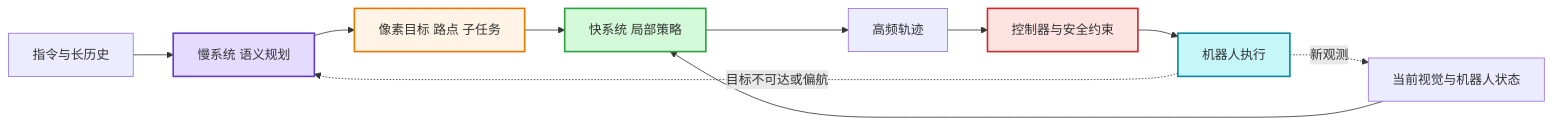
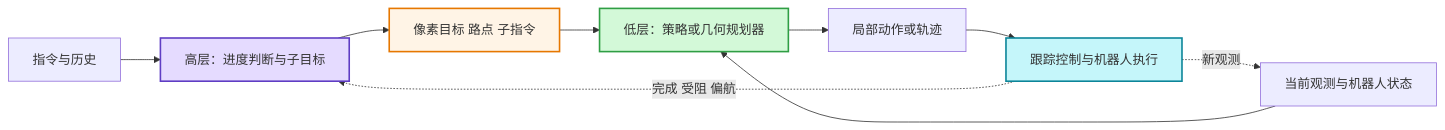
The fifth of 13 diagrams in _posts/research/2026-01-04-VLN-Survey.md (TingdeLiu/tingdeliu.github.io), drawn with Mermaid before and after one commit. The commit also changed other lines of this file, not shown here.

````diff
--- a/_posts/research/2026-01-04-VLN-Survey.md
+++ b/_posts/research/2026-01-04-VLN-Survey.md
@@ -309,18 +314,16 @@
 ```mermaid
 flowchart LR
-    I["指令与长历史"] --> S2["慢系统 语义规划"]
-    S2 --> G["像素目标 路点 子任务"]
-    O["当前视觉与机器人状态"] --> S1["快系统 局部策略"]
+    I["指令与历史"] --> S2["高层：进度判断与子目标"]
+    S2 --> G["像素目标 路点 子指令"]
+    O["当前观测与机器人状态"] --> S1["低层：策略或几何规划器"]
     G --> S1
-    S1 --> T["高频轨迹"]
-    T --> C["控制器与安全约束"]
-    C --> R["机器人执行"]
-    R -.->|目标不可达或偏航| S2
-    R -.->|新观测| O
+    S1 --> T["局部动作或轨迹"]
+    T --> C["跟踪控制与机器人执行"]
+    C -.->|新观测| O
+    C -.->|完成 受阻 偏航| S2
 
     style S2 fill:#e5dbff,stroke:#5f3dc4,stroke-width:2px
     style G fill:#fff4e6,stroke:#e67700,stroke-width:2px
     style S1 fill:#d3f9d8,stroke:#2f9e44,stroke-width:2px
-    style C fill:#ffe3e3,stroke:#c92a2a,stroke-width:2px
-    style R fill:#c5f6fa,stroke:#0c8599,stroke-width:2px
+    style C fill:#c5f6fa,stroke:#0c8599,stroke-width:2px
 ```
````
